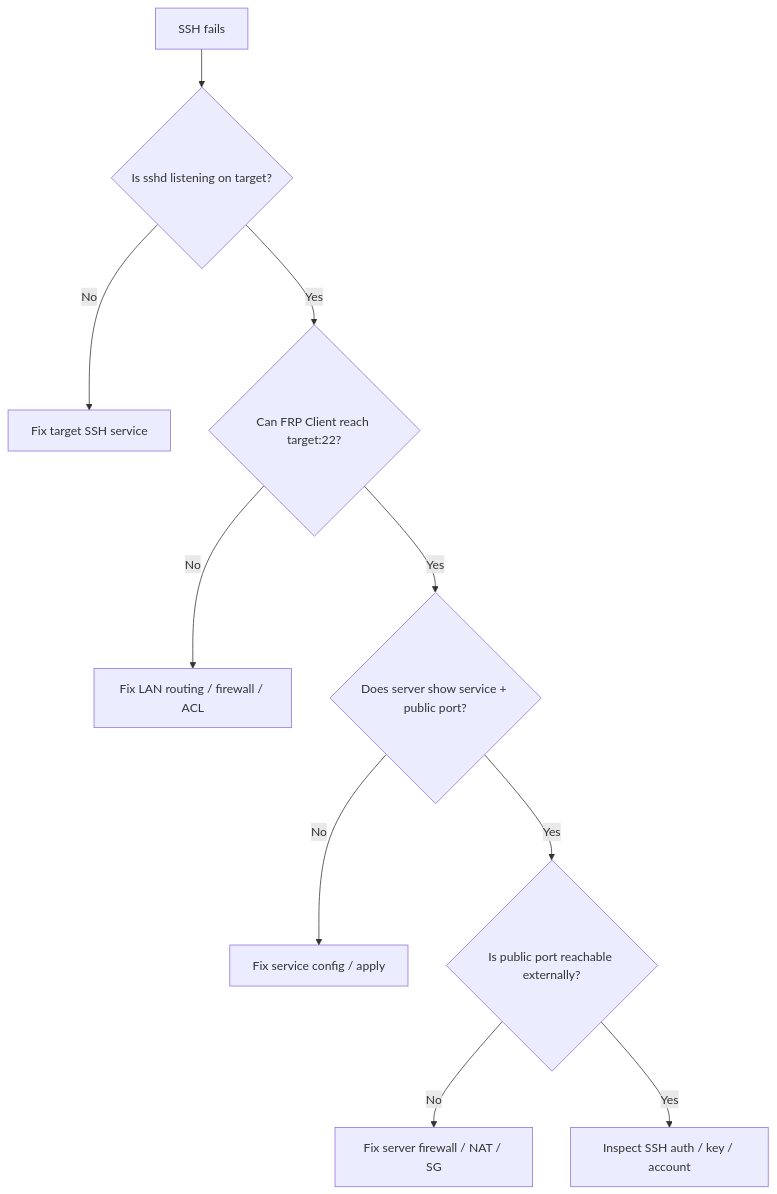
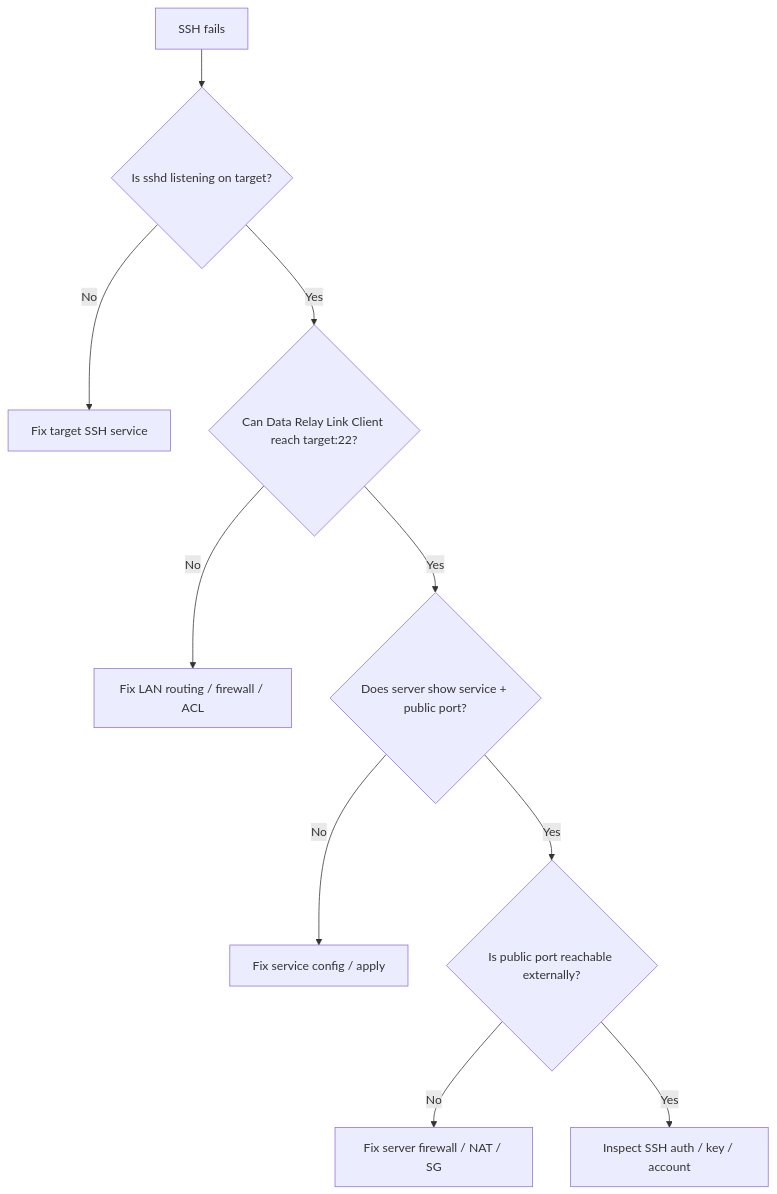
One commit to datarelay-labs/data-relay-link-docs changed the third of 3 diagrams in guides/ssh.mdx. Above: the diagram before and after it, drawn with Mermaid. The commit also changed other lines of this file and 36 other files, not shown here.

````diff
--- a/guides/ssh.mdx
+++ b/guides/ssh.mdx
@@ -66,12 +66,12 @@
 ```mermaid
 flowchart TD
     A[SSH fails] --> B{Is sshd listening on target?}
     B -->|No| C[Fix target SSH service]
-    B -->|Yes| D{Can FRP Client reach target:22?}
+    B -->|Yes| D{Can Data Relay Link Client reach target:22?}
     D -->|No| E[Fix LAN routing / firewall / ACL]
     D -->|Yes| F{Does server show service + public port?}
     F -->|No| G[Fix service config / apply]
     F -->|Yes| H{Is public port reachable externally?}
     H -->|No| I[Fix server firewall / NAT / SG]
     H -->|Yes| J[Inspect SSH auth / key / account]
 ```
````
